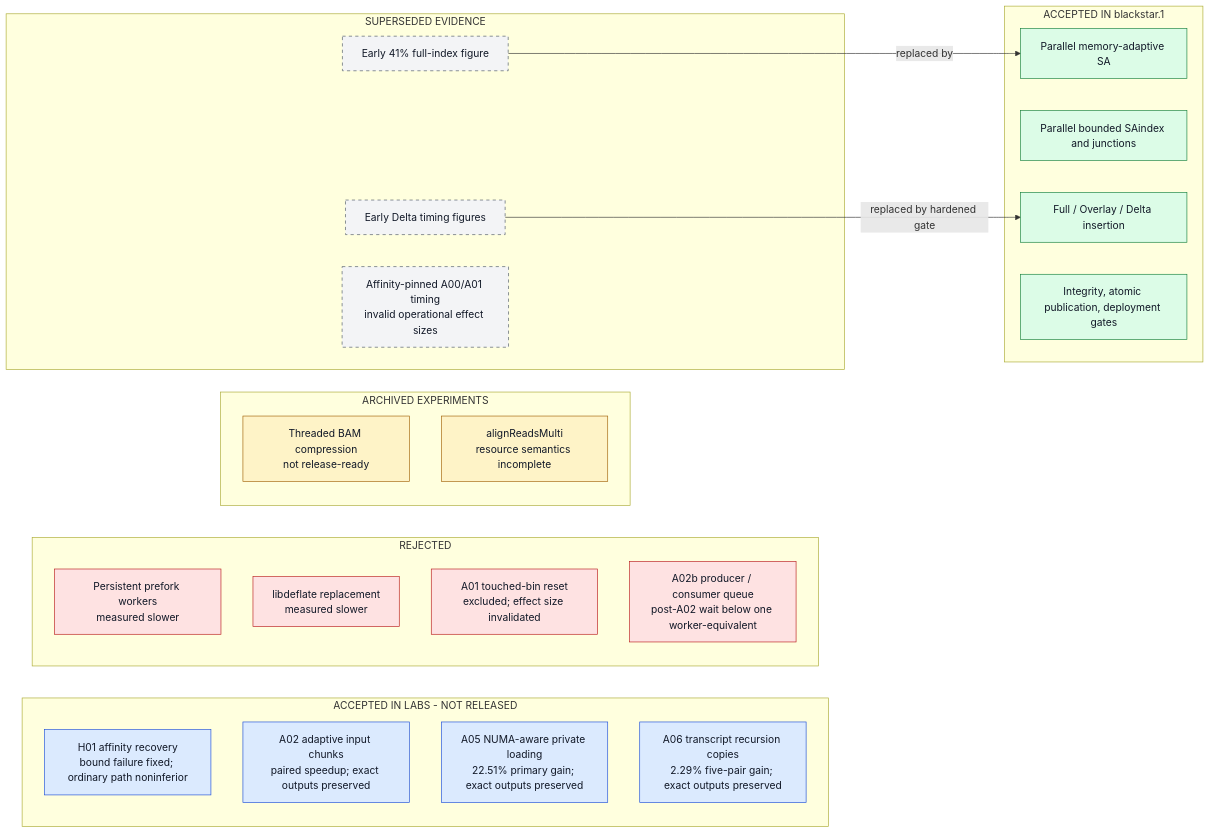
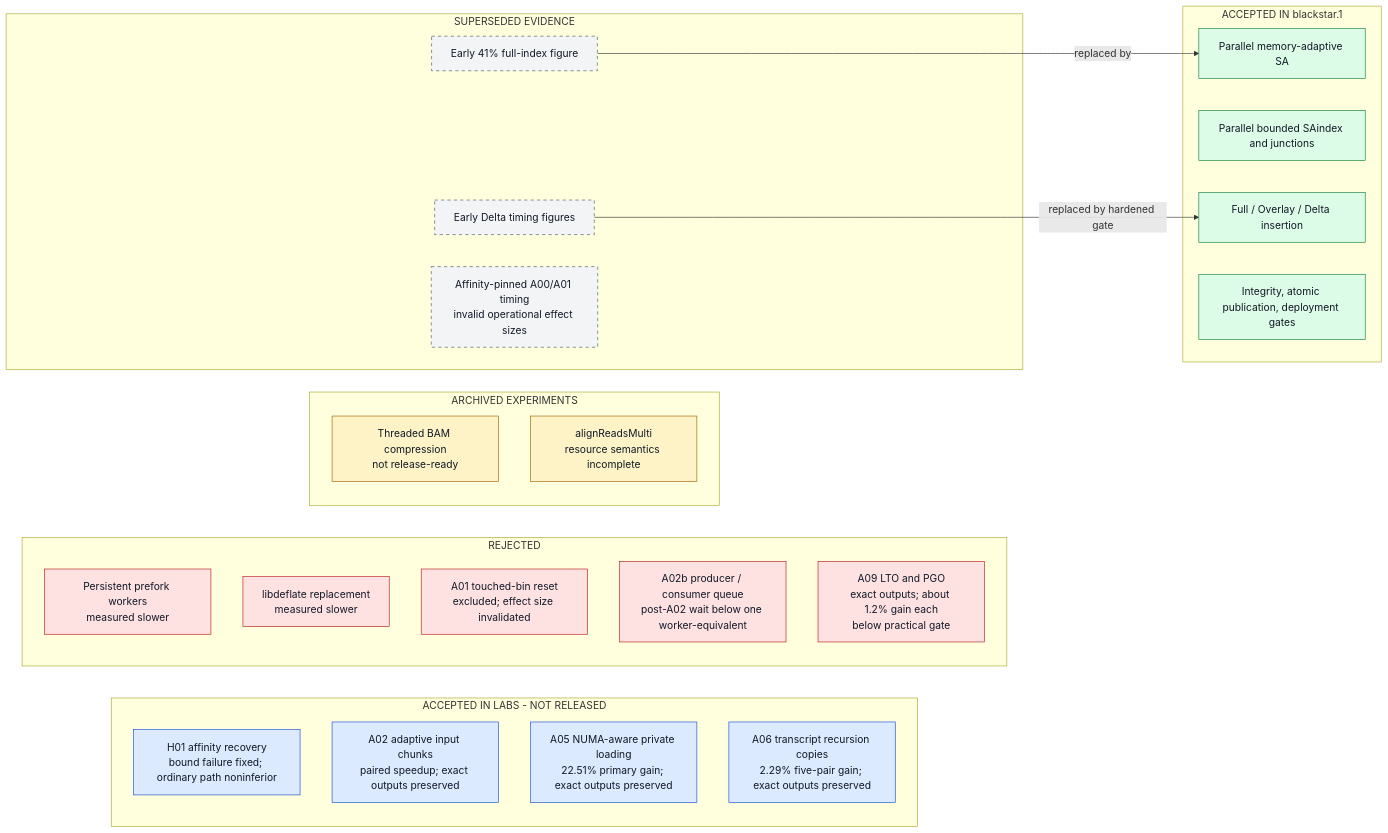
One commit to justinblethrow-cloud/STAR changed the diagram in docs/architecture/diagrams/src/F13-history.mmd. Above: the diagram before and after it, drawn with Mermaid. The commit also changed 16 other files, not shown here.

```diff
--- a/docs/architecture/diagrams/src/F13-history.mmd
+++ b/docs/architecture/diagrams/src/F13-history.mmd
@@ -1,46 +1,47 @@
 flowchart LR
     subgraph ACCEPTED["ACCEPTED IN blackstar.1"]
         A1["Parallel memory-adaptive SA"]
         A2["Parallel bounded SAindex and junctions"]
         A3["Full / Overlay / Delta insertion"]
         A4["Integrity, atomic publication, deployment gates"]
     end
 
     subgraph LABS["ACCEPTED IN LABS - NOT RELEASED"]
         L1["H01 affinity recovery<br/>bound failure fixed; ordinary path noninferior"]
         L2["A02 adaptive input chunks<br/>paired speedup; exact outputs preserved"]
         L3["A05 NUMA-aware private loading<br/>22.51% primary gain; exact outputs preserved"]
         L4["A06 transcript recursion copies<br/>2.29% five-pair gain; exact outputs preserved"]
     end
 
     subgraph REJECTED["REJECTED"]
         R1["Persistent prefork workers<br/>measured slower"]
         R2["libdeflate replacement<br/>measured slower"]
         R3["A01 touched-bin reset<br/>excluded; effect size invalidated"]
         R4["A02b producer / consumer queue<br/>post-A02 wait below one worker-equivalent"]
+        R5["A09 LTO and PGO<br/>exact outputs; about 1.2% gain each<br/>below practical gate"]
     end
 
     subgraph ARCHIVED["ARCHIVED EXPERIMENTS"]
         X1["Threaded BAM compression<br/>not release-ready"]
         X2["alignReadsMulti<br/>resource semantics incomplete"]
     end
 
     subgraph SUPERSEDED["SUPERSEDED EVIDENCE"]
         S1["Early 41% full-index figure"]
         S2["Early Delta timing figures"]
         S3["Affinity-pinned A00/A01 timing<br/>invalid operational effect sizes"]
     end
 
     S1 -->|replaced by| A1
     S2 -->|replaced by hardened gate| A3
 
     classDef accepted fill:#dcfce7,stroke:#15803d,color:#111827;
     classDef labs fill:#dbeafe,stroke:#1d4ed8,color:#111827;
     classDef rejected fill:#fee2e2,stroke:#b91c1c,color:#111827;
     classDef archived fill:#fef3c7,stroke:#a16207,color:#111827;
     classDef superseded fill:#f3f4f6,stroke:#4b5563,color:#111827,stroke-dasharray: 5 5;
     class A1,A2,A3,A4 accepted;
     class L1,L2,L3,L4 labs;
-    class R1,R2,R3,R4 rejected;
+    class R1,R2,R3,R4,R5 rejected;
     class X1,X2 archived;
     class S1,S2,S3 superseded;
```
